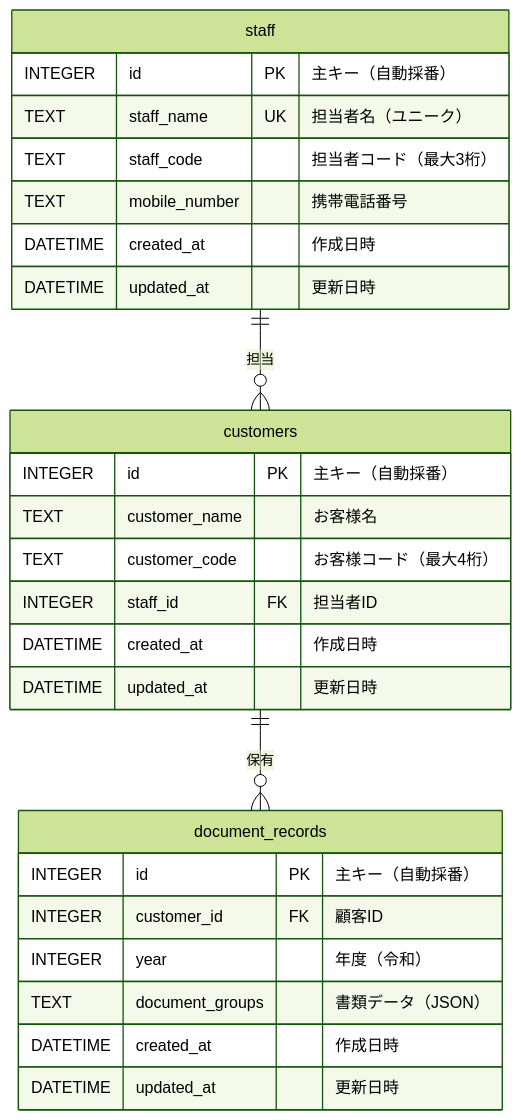
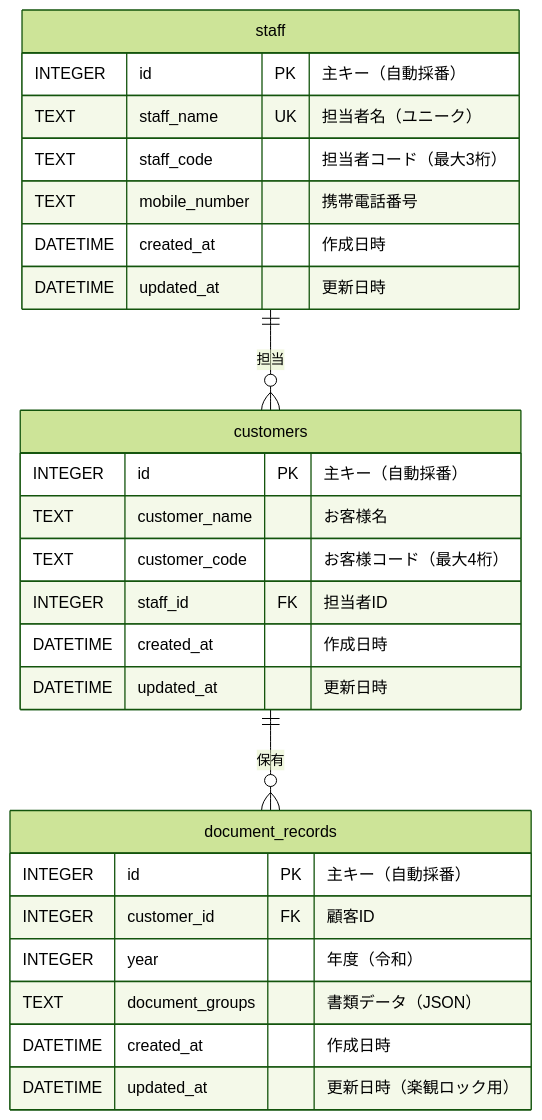
The diagram in apps/Required-documents-for-tax-return/docs/ER図.md (kojima1978/tax_apps), drawn with Mermaid (forest theme) before and after one commit. The commit also changed other lines of this file and 6 other files, not shown here.

````diff
--- a/apps/Required-documents-for-tax-return/docs/ER図.md
+++ b/apps/Required-documents-for-tax-return/docs/ER図.md
@@ -7,32 +7,32 @@
 ```mermaid
 erDiagram
     staff ||--o{ customers : "担当"
     customers ||--o{ document_records : "保有"
 
     staff {
         INTEGER id PK "主キー（自動採番）"
         TEXT staff_name UK "担当者名（ユニーク）"
         TEXT staff_code "担当者コード（最大3桁）"
         TEXT mobile_number "携帯電話番号"
         DATETIME created_at "作成日時"
         DATETIME updated_at "更新日時"
     }
 
     customers {
         INTEGER id PK "主キー（自動採番）"
         TEXT customer_name "お客様名"
         TEXT customer_code "お客様コード（最大4桁）"
         INTEGER staff_id FK "担当者ID"
         DATETIME created_at "作成日時"
         DATETIME updated_at "更新日時"
     }
 
     document_records {
         INTEGER id PK "主キー（自動採番）"
         INTEGER customer_id FK "顧客ID"
         INTEGER year "年度（令和）"
         TEXT document_groups "書類データ（JSON）"
         DATETIME created_at "作成日時"
-        DATETIME updated_at "更新日時"
+        DATETIME updated_at "更新日時（楽観ロック用）"
     }
 ```
````
